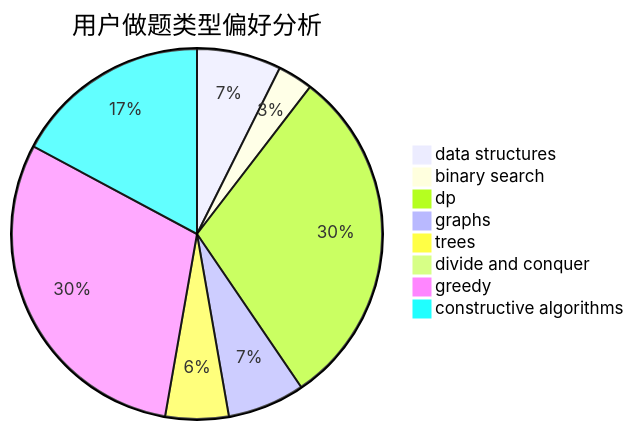
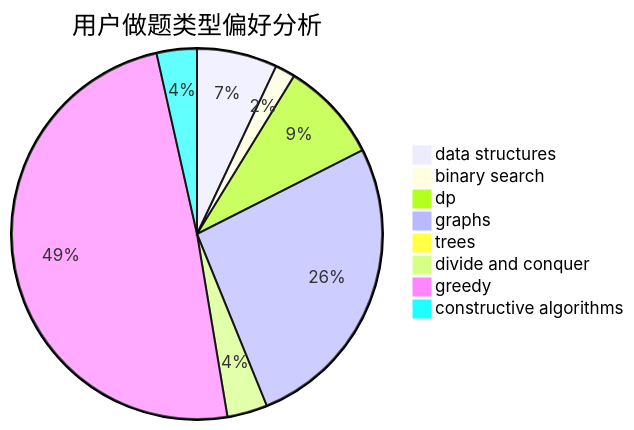
The second of 3 diagrams in docs/user/u1758.md (sherpahu/cfrs.github.io), drawn with Mermaid before and after one commit. The commit also changed other lines of this file and 2770 other files, not shown here.

````diff
--- a/docs/user/u1758.md
+++ b/docs/user/u1758.md
@@ -23,11 +23,11 @@
 ```mermaid
 pie title 用户做题类型偏好分析
-    "data structures" :  12
-    "binary search" :  5
-    "dp" :  49
-    "graphs" :  11
-    "trees" :  9
-    "divide and conquer" :  0
-    "greedy" :  49
-    "constructive algorithms" :  28
+    "data structures" :  4
+    "binary search" :  1
+    "dp" :  5
+    "graphs" :  15
+    "trees" :  0
+    "divide and conquer" :  2
+    "greedy" :  28
+    "constructive algorithms" :  2
 ```
````
